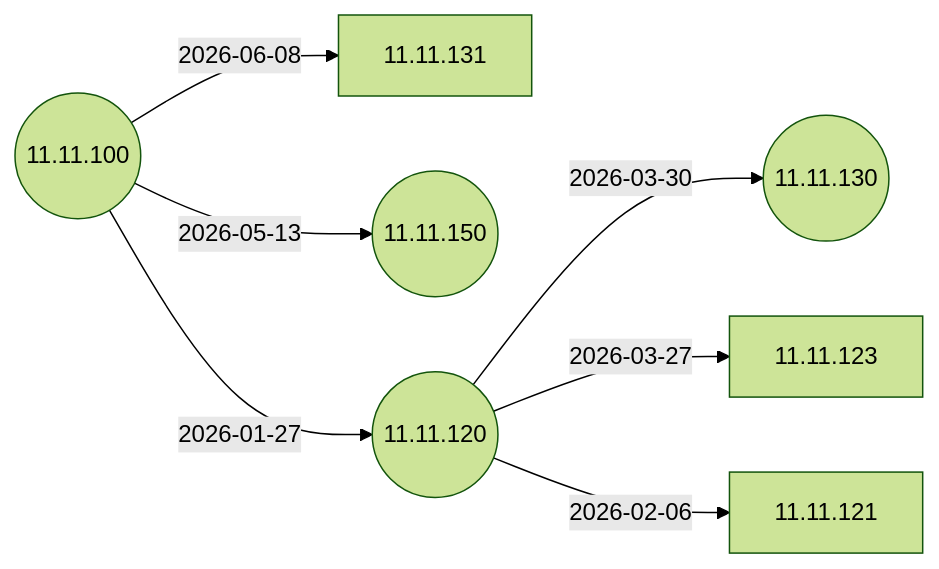
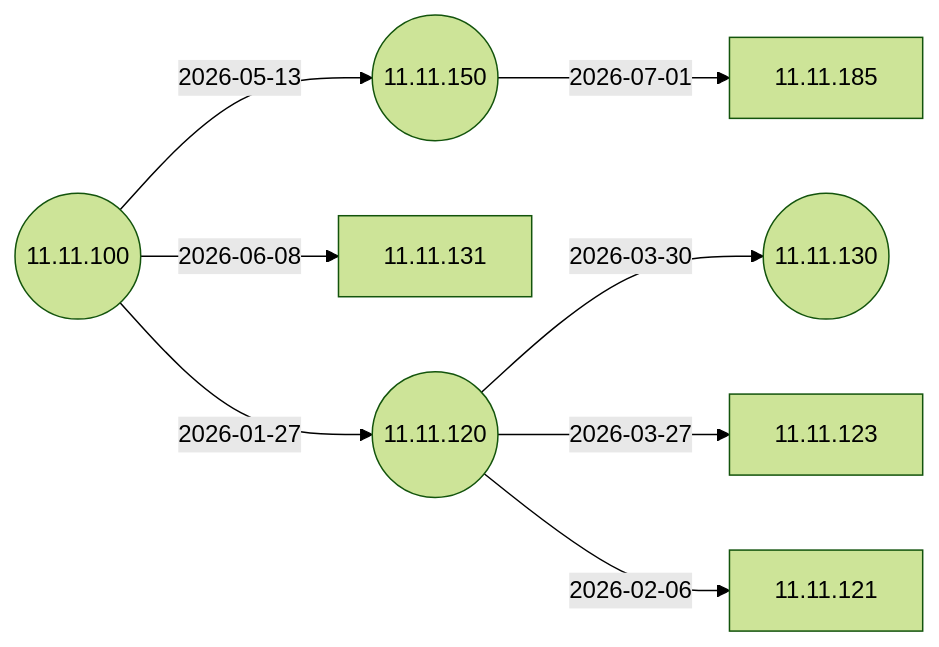
Before and after one commit to IGEL-Community/IGEL-Docs-v02: the second of 7 diagrams in docs/Docs/ReleaseNotes/01-OS11/README.md, drawn with Mermaid (forest theme). The commit also changed 2 other files, not shown here.

Commit message:
11.11.185 from 11.11.150 11.11.185 from 11.11.150

````diff
--- a/docs/Docs/ReleaseNotes/01-OS11/README.md
+++ b/docs/Docs/ReleaseNotes/01-OS11/README.md
@@ -42,17 +42,19 @@
 ```mermaid
 flowchart LR
+    11.11.150-- 2026-07-01 -->11.11.185
     11.11.100-- 2026-06-08 -->11.11.131
     11.11.100-- 2026-05-13 -->11.11.150((11.11.150))
     11.11.120-- 2026-03-30 -->11.11.130((11.11.130))
     11.11.120-- 2026-03-27 -->11.11.123
     11.11.120-- 2026-02-06 -->11.11.121
     11.11.100-- 2026-01-27 -->11.11.120((11.11.120))
     11.11.100((11.11.100))
+    click 11.11.185 "https://github.com/IGEL-Community/IGEL-Docs-v02/tree/main/docs/Docs/ReleaseNotes/01-OS11/readme11.11.185.txt" _blank
     click 11.11.131 "https://github.com/IGEL-Community/IGEL-Docs-v02/tree/main/docs/Docs/ReleaseNotes/01-OS11/readme11.11.131.txt" _blank
     click 11.11.150 "https://github.com/IGEL-Community/IGEL-Docs-v02/tree/main/docs/Docs/ReleaseNotes/01-OS11/readme11.11.150.txt" _blank
     click 11.11.130 "https://github.com/IGEL-Community/IGEL-Docs-v02/tree/main/docs/Docs/ReleaseNotes/01-OS11/readme11.11.130.txt" _blank
     click 11.11.123 "https://github.com/IGEL-Community/IGEL-Docs-v02/tree/main/docs/Docs/ReleaseNotes/01-OS11/readme11.11.123.txt" _blank
     click 11.11.121 "https://github.com/IGEL-Community/IGEL-Docs-v02/tree/main/docs/Docs/ReleaseNotes/01-OS11/readme11.11.121.txt" _blank
     click 11.11.120 "https://github.com/IGEL-Community/IGEL-Docs-v02/tree/main/docs/Docs/ReleaseNotes/01-OS11/readme11.11.120.txt" _blank
     click 11.11.100 "https://github.com/IGEL-Community/IGEL-Docs-v02/tree/main/docs/Docs/ReleaseNotes/01-OS11/readme11.11.100.txt" _blank
 ```
````
